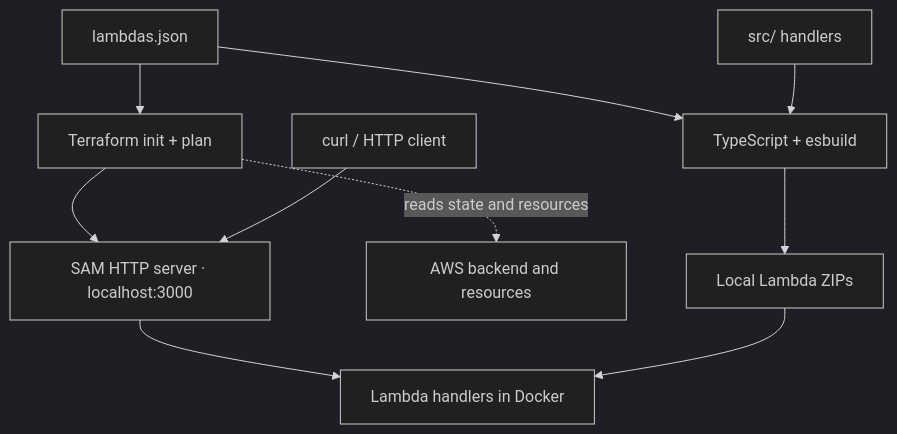
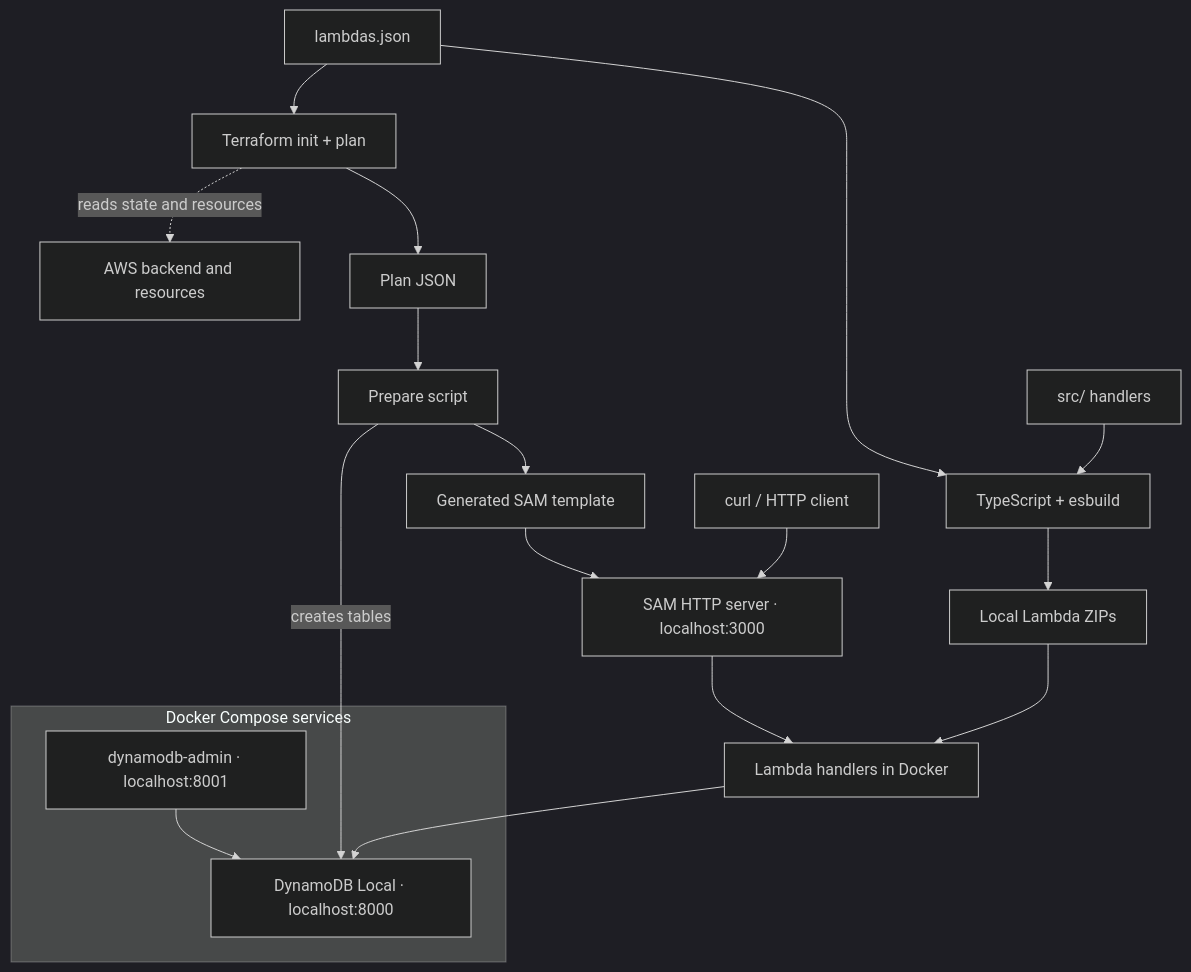
One commit to gabrielroriz/aws-resilient-payment-flow changed the diagram in docs/development.md. Above: the diagram before and after it, drawn with Mermaid (dark theme). The commit also changed other lines of this file and 9 other files, not shown here.

First line of the commit message:
feat: run local development against DynamoDB Local

````diff
--- a/docs/development.md
+++ b/docs/development.md
@@ -32,12 +32,21 @@
 ```mermaid
 flowchart TD
     Registry["lambdas.json"] --> Build["TypeScript + esbuild"]
     Source["src/ handlers"] --> Build
     Build --> ZIP["Local Lambda ZIPs"]
     Registry --> Terraform["Terraform init + plan"]
     Terraform -. "reads state and resources" .-> AWS["AWS backend and resources"]
-    Terraform --> SAM["SAM HTTP server · localhost:3000"]
+    Terraform --> Plan["Plan JSON"]
+    Plan --> Prepare["Prepare script"]
+    Prepare --> Template["Generated SAM template"]
+    Template --> SAM["SAM HTTP server · localhost:3000"]
     Client["curl / HTTP client"] --> SAM
     SAM --> Runtime["Lambda handlers in Docker"]
     ZIP --> Runtime
+    subgraph Compose["Docker Compose services"]
+        DynamoDB["DynamoDB Local · localhost:8000"]
+        Admin["dynamodb-admin · localhost:8001"] --> DynamoDB
+    end
+    Prepare -->|"creates tables"| DynamoDB
+    Runtime --> DynamoDB
 ```
````
